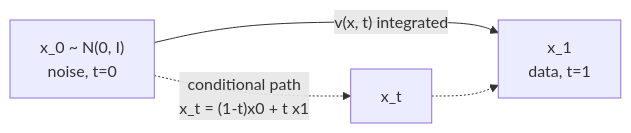
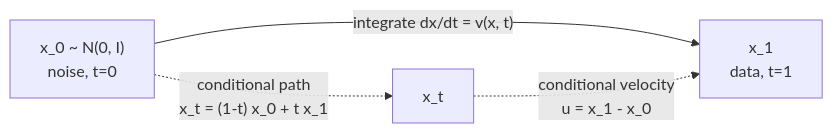
One commit to tanmaniac/nanovision changed the diagram in assignments/a06_0_flow_matching/README.md. Above: the diagram before and after it, drawn with Mermaid. The commit also changed other lines of this file and 29 other files, not shown here.

````diff
--- a/assignments/a06_0_flow_matching/README.md
+++ b/assignments/a06_0_flow_matching/README.md
@@ -72,6 +210,6 @@
 ```mermaid
 flowchart LR
-    N["x_0 ~ N(0, I)<br/>noise, t=0"] -->|"v(x, t) integrated"| D["x_1<br/>data, t=1"]
-    N -.->|"conditional path<br/>x_t = (1-t)x0 + t x1"| M["x_t"]
-    M -.-> D
+    N["x_0 ~ N(0, I)<br/>noise, t=0"] -->|"integrate dx/dt = v(x, t)"| D["x_1<br/>data, t=1"]
+    N -.->|"conditional path<br/>x_t = (1-t) x_0 + t x_1"| M["x_t"]
+    M -.->|"conditional velocity<br/>u = x_1 - x_0"| D
 ```
````
